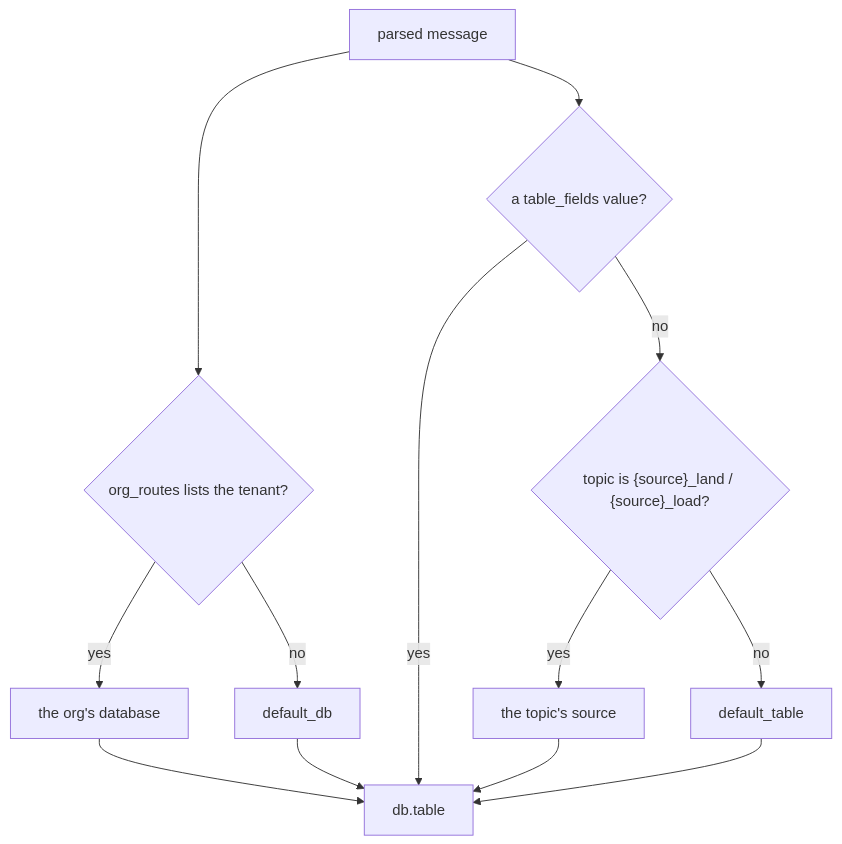
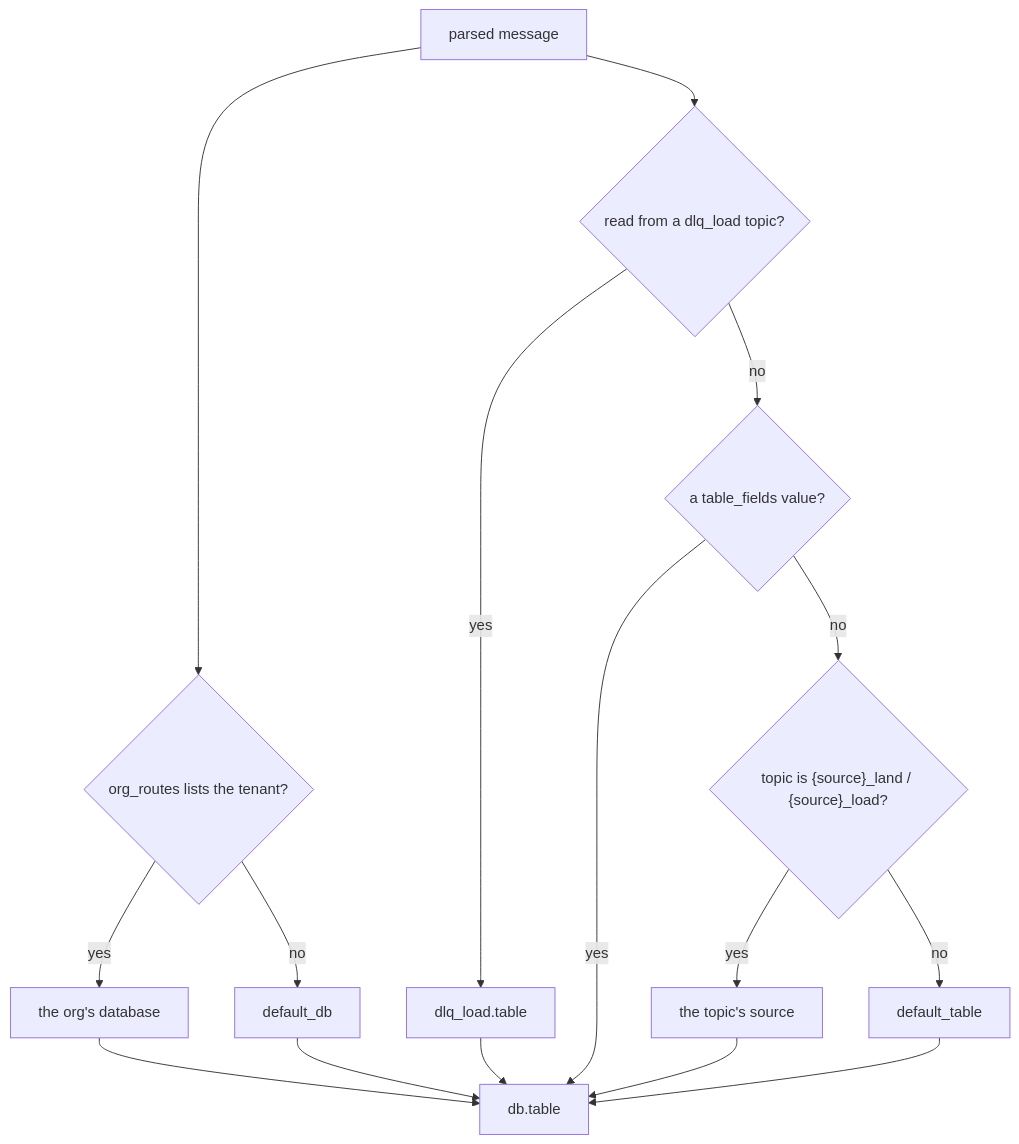
The diagram in docs/pipeline/routing.md (hyperi-io/dfe-loader), drawn with Mermaid before and after one commit. The commit also changed other lines of this file and 19 other files, not shown here.

First line of the commit message:
fix(dlq): load dead letters into the dlq table (#322)

````diff
--- a/docs/pipeline/routing.md
+++ b/docs/pipeline/routing.md
@@ -15,21 +15,25 @@
 ```mermaid
 flowchart TB
     MSG["parsed message"]
     ORG{"org_routes lists the tenant?"}
+    PIN{"read from a dlq_load topic?"}
+    DLQTBL["dlq_load.table"]
     TBF{"a table_fields value?"}
     TOPIC{"topic is {source}_land / {source}_load?"}
     DEFDB["default_db"]
     ORGDB["the org's database"]
     DEFTBL["default_table"]
     SRC["the topic's source"]
     OUT["db.table"]
 
     MSG --> ORG
     ORG -->|yes| ORGDB --> OUT
     ORG -->|no| DEFDB --> OUT
-    MSG --> TBF
+    MSG --> PIN
+    PIN -->|yes| DLQTBL --> OUT
+    PIN -->|no| TBF
     TBF -->|yes| OUT
     TBF -->|no| TOPIC
     TOPIC -->|yes| SRC --> OUT
     TOPIC -->|no| DEFTBL --> OUT
 ```
````
